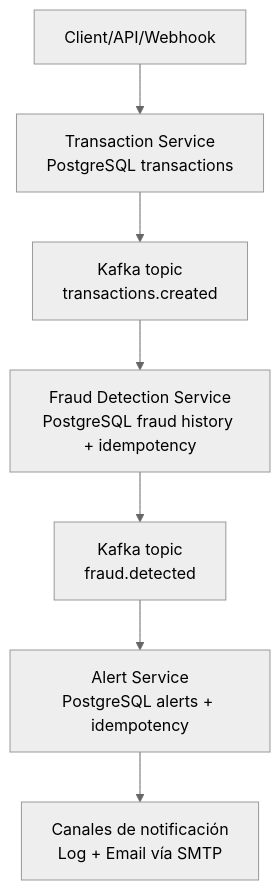
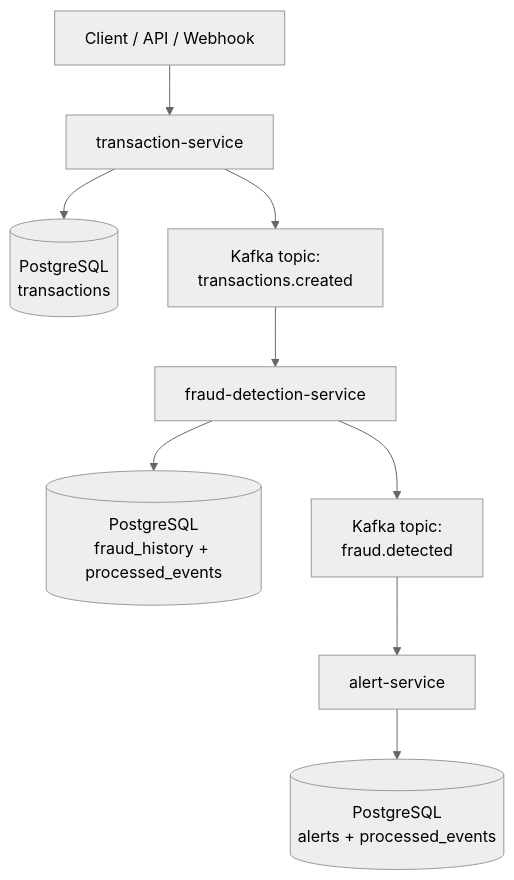
Before and after one commit to ElliotLuque/event-driven-fraud-detection: the diagram in README.md, drawn with Mermaid (neutral theme).

Commit message:
chore(docs): update README.md mermaid diagram

````diff
--- a/README.md
+++ b/README.md
@@ -7,12 +7,16 @@
 ```mermaid
 flowchart TD
-    A[Client/API/Webhook]
-    B[Transaction Service<br/>PostgreSQL transactions]
-    C[Kafka topic<br/>transactions.created]
-    D[Fraud Detection Service<br/>PostgreSQL fraud history + idempotency]
-    E[Kafka topic<br/>fraud.detected]
-    F[Alert Service<br/>PostgreSQL alerts + idempotency]
-    G[Canales de notificación<br/>Log + Email vía SMTP]
+    A[Client / API / Webhook] --> B[transaction-service]
 
-    A --> B --> C --> D --> E --> F --> G
+    B --> C[(PostgreSQL<br/>transactions)]
+    B --> D[Kafka topic:<br/>transactions.created]
+
+    D --> E[fraud-detection-service]
+
+    E --> F[(PostgreSQL<br/>fraud_history + processed_events)]
+    E --> G[Kafka topic:<br/>fraud.detected]
+
+    G --> H[alert-service]
+
+    H --> I[(PostgreSQL<br/>alerts + processed_events)]
 ```
````
